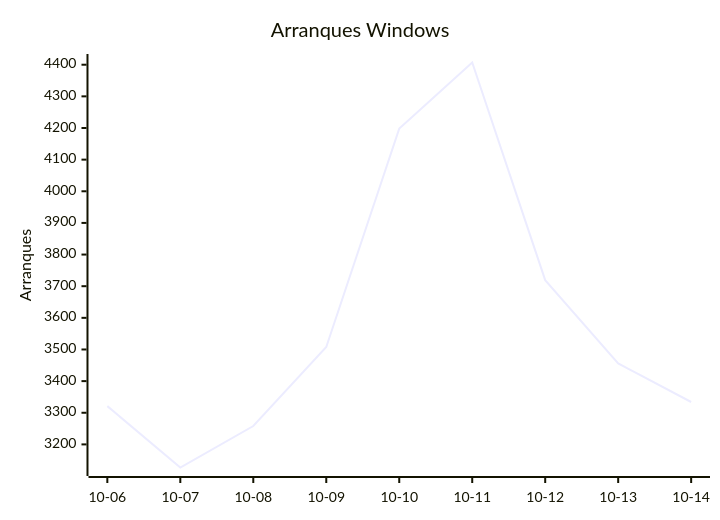
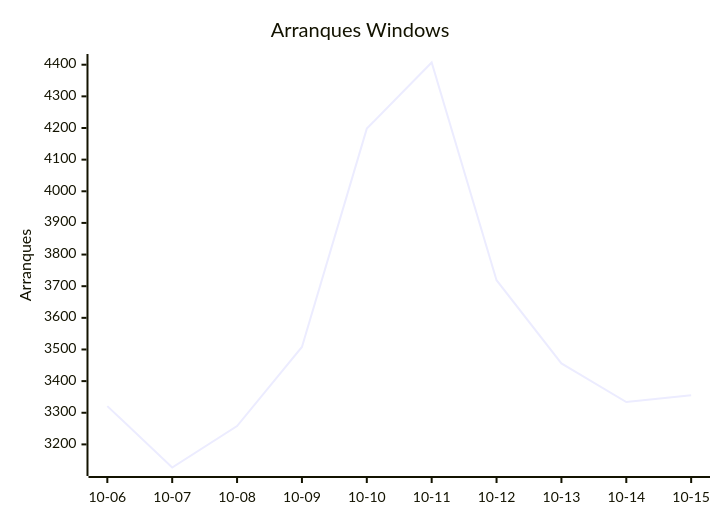
The third of 8 diagrams in README.md (EmuDeck/stats), drawn with Mermaid before and after one commit. The commit also changed other lines of this file and 2 other files, not shown here.

````diff
--- a/README.md
+++ b/README.md
@@ -34,7 +34,7 @@
 ```mermaid
 xychart-beta
     title "Arranques Windows"
-    x-axis ["10-06", "10-07", "10-08", "10-09", "10-10", "10-11", "10-12", "10-13", "10-14"]
+    x-axis ["10-06", "10-07", "10-08", "10-09", "10-10", "10-11", "10-12", "10-13", "10-14", "10-15"]
     y-axis "Arranques"
-    line [3321, 3127, 3258, 3508, 4198, 4407, 3719, 3456, 3334]
+    line [3321, 3127, 3258, 3508, 4198, 4407, 3719, 3456, 3334, 3355]
 ```
````
